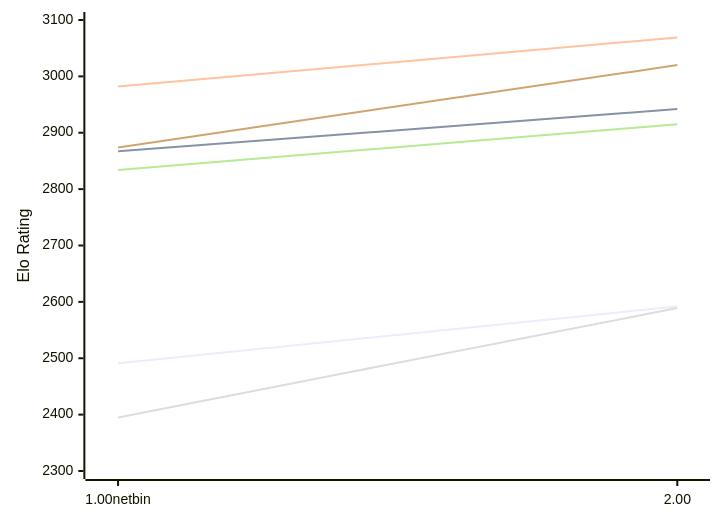
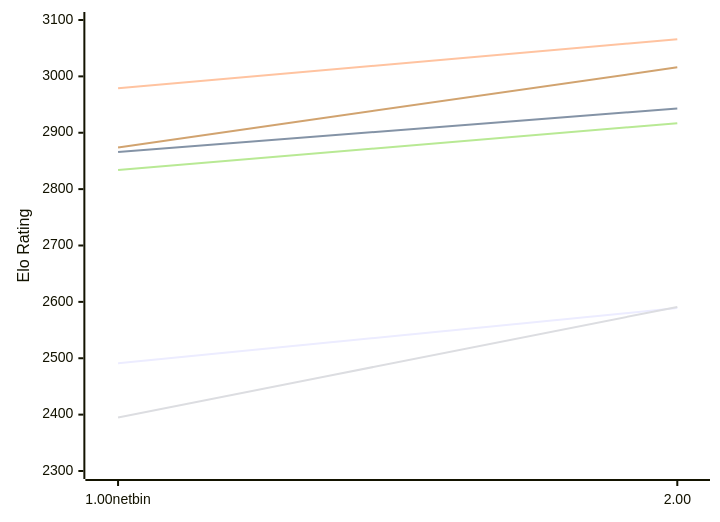
Before and after one commit to computer-chess-index/cci: the first of 2 diagrams in engines/Gilipol.md, drawn with Mermaid. The commit also changed other lines of this file, not shown here.

Commit message:
Update CCI Ratings (ELO VLTC) - 2026-11-19

````diff
--- a/engines/Gilipol.md
+++ b/engines/Gilipol.md
@@ -51,12 +51,12 @@
 ```mermaid
 %%{init: {"theme":"base","themeVariables":{"seriesColors:['#a3a3a3','#222221','#faa371']}}}%%
 xychart-beta
   x-axis ["1.00netbin", "2.00"]
   y-axis "Elo Rating" 2300 --> 3100
-  line "E1: STC (8.0+0.08s)" [2491, 2592]
-  line "E1: LTC (60.0+0.60s)" [2867, 2942]
-  line "E1: VLTC (2m24s+1.12s)" [2982, 3069]
-  line "P1: STC (8.0+0.08s)" [2395, 2589]
-  line "P1: LTC (60.0+0.60s)" [2834, 2915]
-  line "P1: VLTC (2m24s+1.12s)" [2874, 3020]
+  line "E1: STC (8.0+0.08s)" [2491, 2589]
+  line "E1: LTC (60.0+0.60s)" [2866, 2943]
+  line "E1: VLTC (2m24s+1.12s)" [2979, 3066]
+  line "P1: STC (8.0+0.08s)" [2395, 2591]
+  line "P1: LTC (60.0+0.60s)" [2834, 2917]
+  line "P1: VLTC (2m24s+1.12s)" [2874, 3016]
 ```
````
